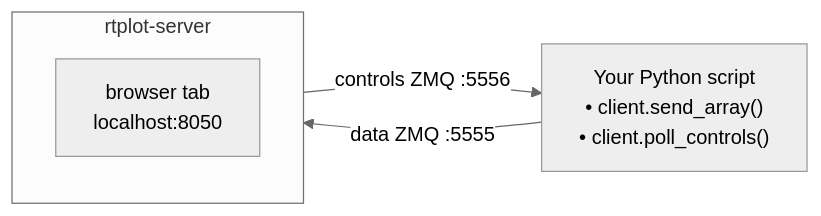
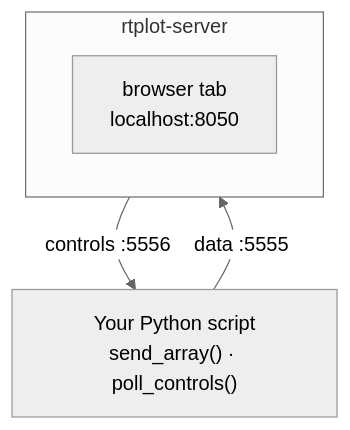
The first of 2 diagrams in README.md (jmontp/rtplot), drawn with Mermaid (neutral theme) before and after one commit. The commit also changed other lines of this file and 1 other file, not shown here.

Commit message:
Mermaid diagrams: switch flowcharts to TD orientation for mobile
Left-right flowcharts overflowed narrow viewports and triggered
GitHub's mermaid pan/zoom controls. Switched to top-down and
shortened node labels so the whole diagram fits.

````diff
--- a/README.md
+++ b/README.md
@@ -17,9 +17,9 @@
 ```mermaid
-flowchart LR
-    script["Your Python script<br/>• client.send_array()<br/>• client.poll_controls()"]
+flowchart TD
+    script["Your Python script<br/>send_array() · poll_controls()"]
     subgraph server["rtplot-server"]
         browser["browser tab<br/>localhost:8050"]
     end
-    script -- "data ZMQ :5555" --> server
-    server -- "controls ZMQ :5556" --> script
+    script -- "data :5555" --> server
+    server -- "controls :5556" --> script
 ```
````
